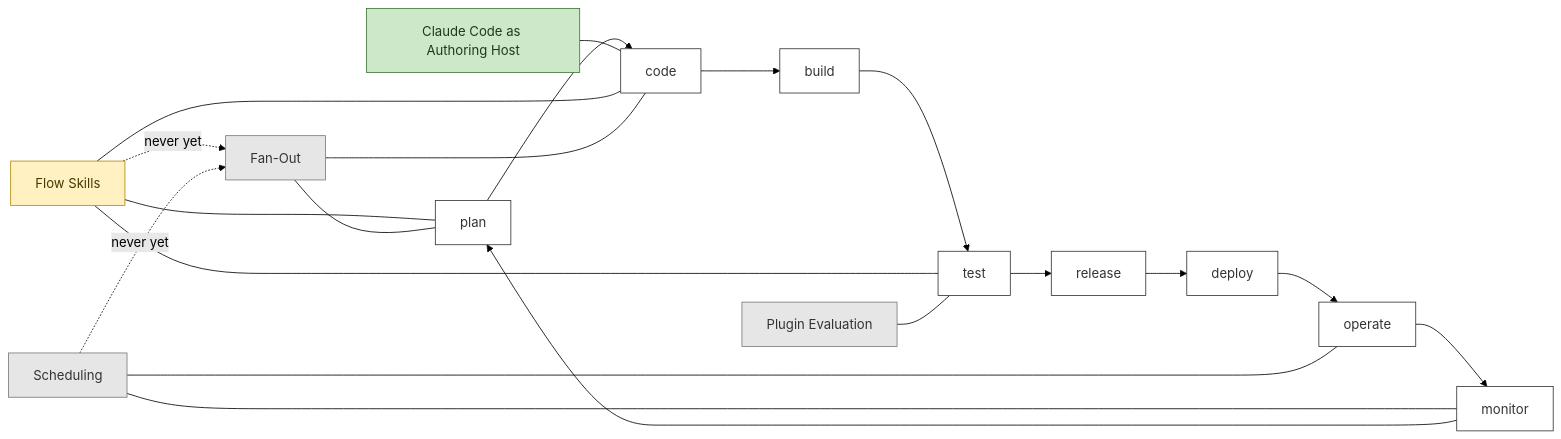
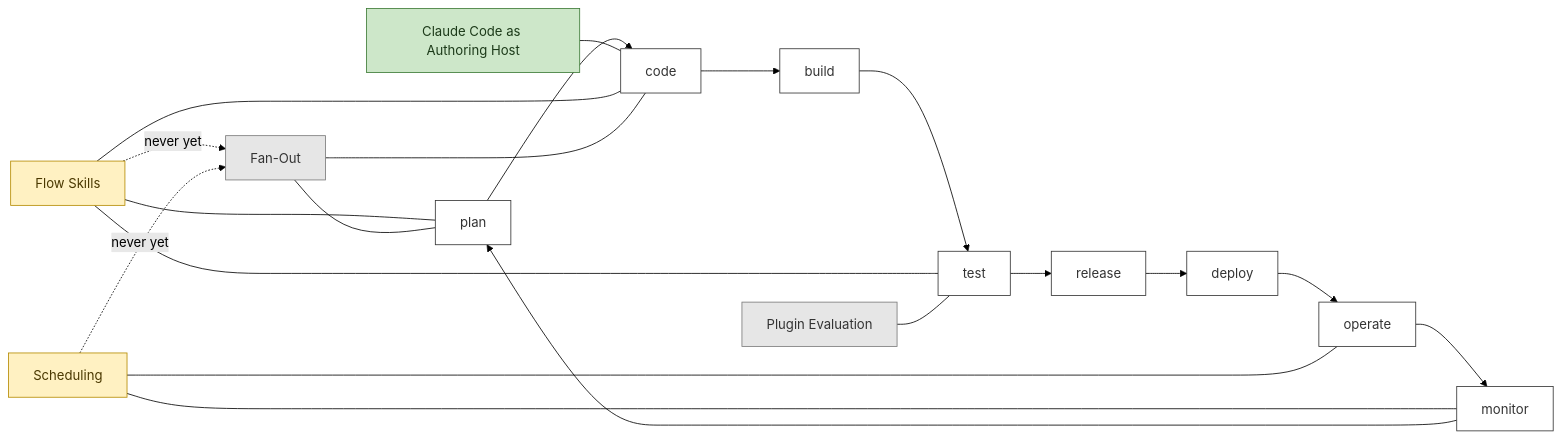
The diagram in .devbook/ai/adoption-map.md (JSdotNet/ai-agent-stack), drawn with Mermaid (forest theme) before and after one commit. The commit also changed other lines of this file and 1 other file, not shown here.

````diff
--- a/.devbook/ai/adoption-map.md
+++ b/.devbook/ai/adoption-map.md
@@ -34,23 +34,23 @@
 ```mermaid
 graph LR
   plan --> code --> build --> test --> release --> deploy --> operate --> monitor --> plan
   host[Claude Code as Authoring Host] --- code
   flows[Flow Skills] --- plan
   flows --- code
   flows --- test
   fanout[Fan-Out] --- plan
   fanout --- code
   schedule[Scheduling] --- operate
   schedule --- monitor
   eval[Plugin Evaluation] --- test
   flows -. never yet .-> fanout
   schedule -. never yet .-> fanout
   classDef stage fill:#fff,stroke:#333,color:#333;
   classDef adopted fill:#cde7c9,stroke:#3c7a35,color:#1c3a19;
   classDef trial fill:#fff1c2,stroke:#b58a00,color:#4a3800;
   classDef candidate fill:#e6e6e6,stroke:#7a7a7a,color:#333;
   class plan,code,build,test,release,deploy,operate,monitor stage;
   class host adopted;
-  class flows trial;
-  class fanout,schedule,eval candidate;
+  class flows,schedule trial;
+  class fanout,eval candidate;
 ```
````
